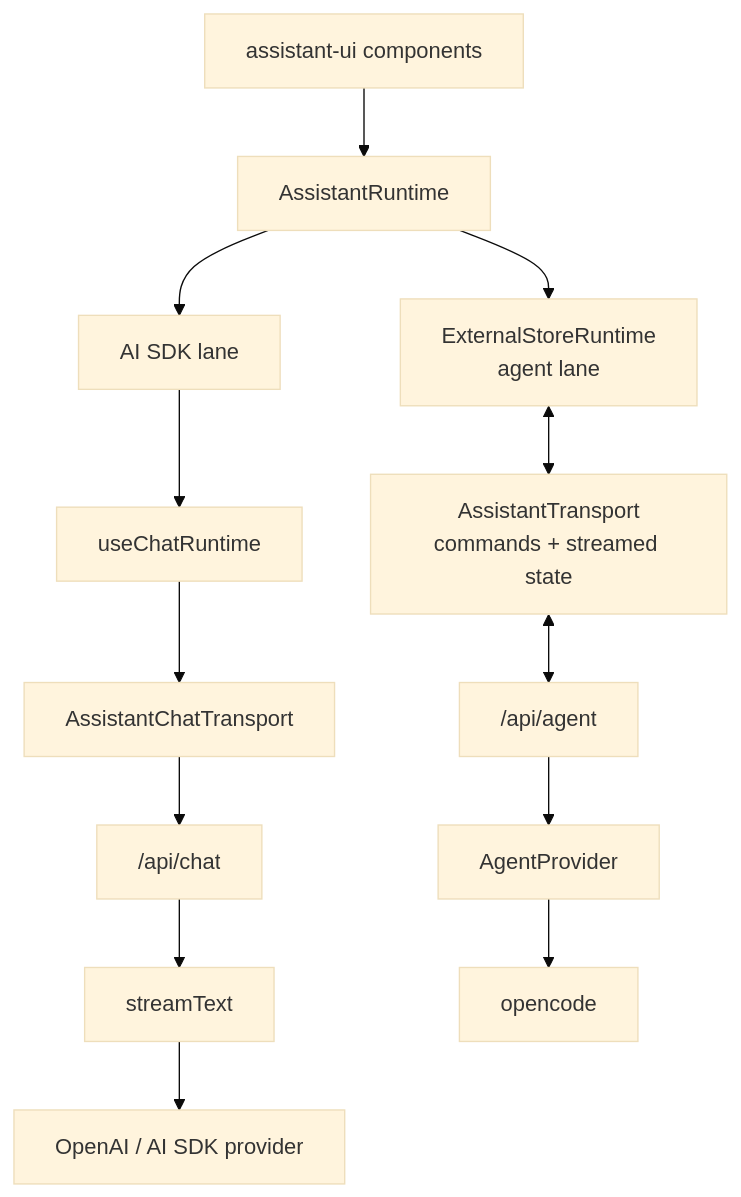
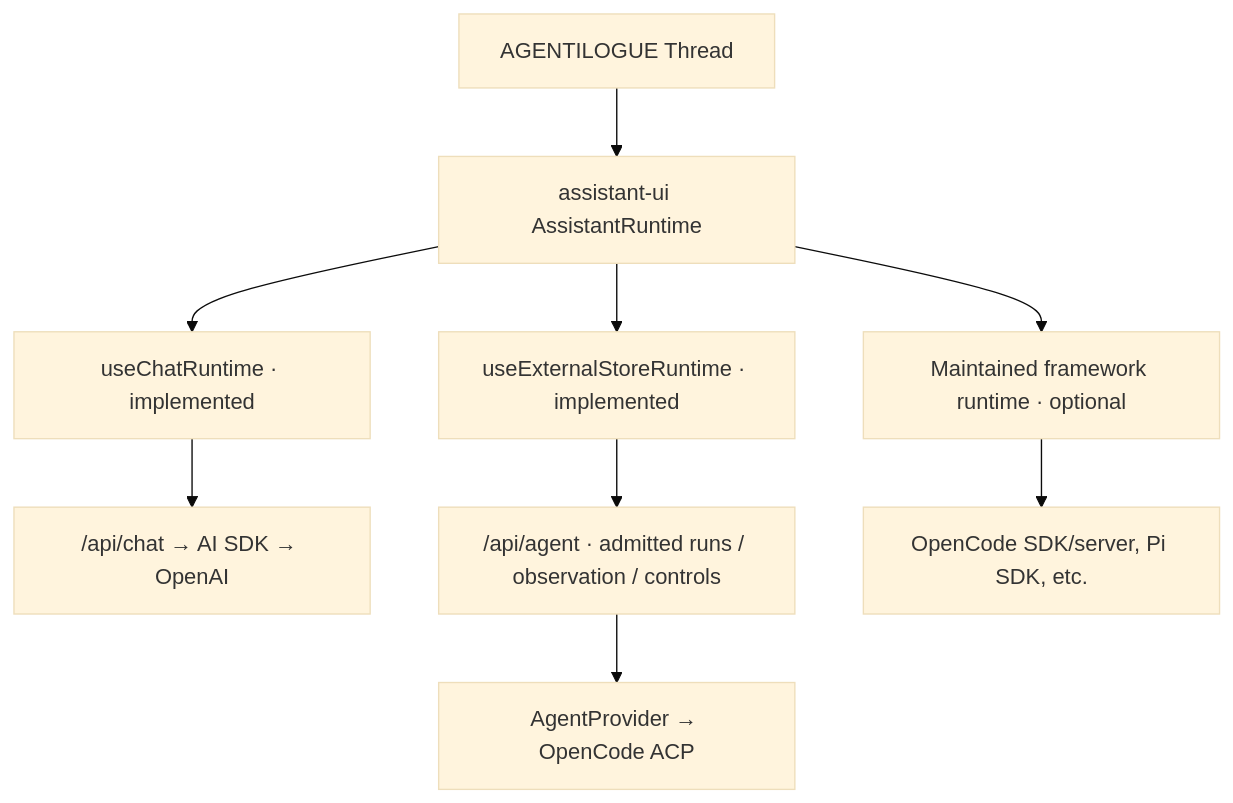
Before and after one commit to tbrandenburg/agentilogue: the second of 3 diagrams in docs/ARCHITECTURE.md, drawn with Mermaid (base theme). The commit also changed other lines of this file, not shown here.

Commit message:
docs: align docs/ARCHITECTURE.md with accepted integration policy

````diff
--- a/docs/ARCHITECTURE.md
+++ b/docs/ARCHITECTURE.md
@@ -33,18 +31,11 @@
 ```mermaid
 flowchart TB
-    UI["assistant-ui components"] --> AR["AssistantRuntime"]
-
-    AR --> AI["AI SDK lane"]
-    AR --> ESR["ExternalStoreRuntime<br/>agent lane"]
-
-    AI --> UCR["useChatRuntime"]
-    UCR --> ACT["AssistantChatTransport"]
-    ACT --> CHAT["/api/chat"]
-    CHAT --> STREAM["streamText"]
-    STREAM --> MODEL["OpenAI / AI SDK provider"]
-
-    ESR <--> AT["AssistantTransport<br/>commands + streamed state"]
-    AT <--> AGENTAPI["/api/agent"]
-    AGENTAPI --> PROVIDER["AgentProvider"]
-    PROVIDER --> OC["opencode"]
+    UI["AGENTILOGUE Thread"] --> ROOT["assistant-ui AssistantRuntime"]
+    ROOT --> SDK["useChatRuntime · implemented"]
+    SDK --> CHAT["/api/chat → AI SDK → OpenAI"]
+    ROOT --> ACP["useExternalStoreRuntime · implemented"]
+    ACP --> API["/api/agent · admitted runs / observation / controls"]
+    API --> PORT["AgentProvider → OpenCode ACP"]
+    ROOT --> NATIVE["Maintained framework runtime · optional"]
+    NATIVE --> UPSTREAM["OpenCode SDK/server, Pi SDK, etc."]
 ```
````
